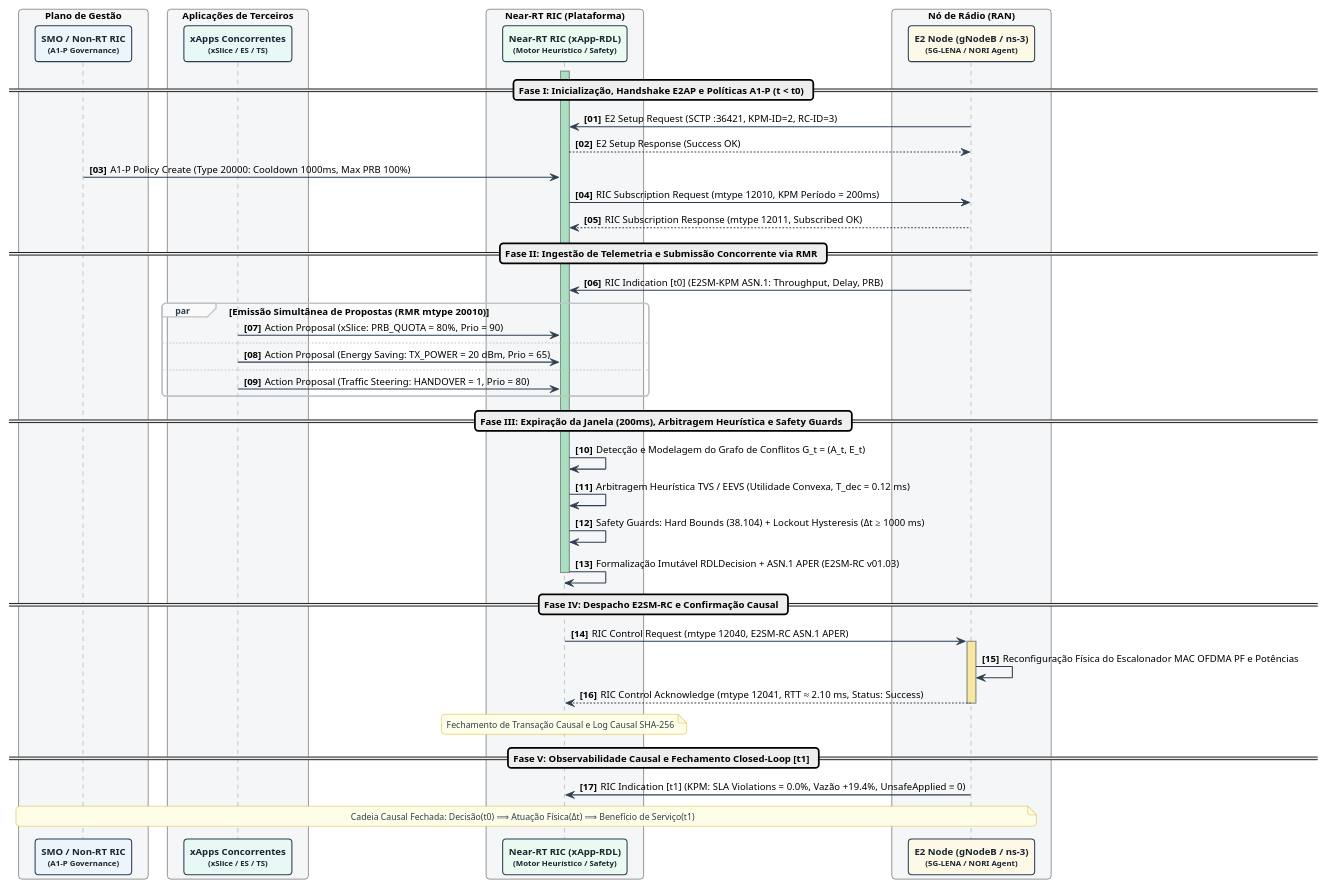
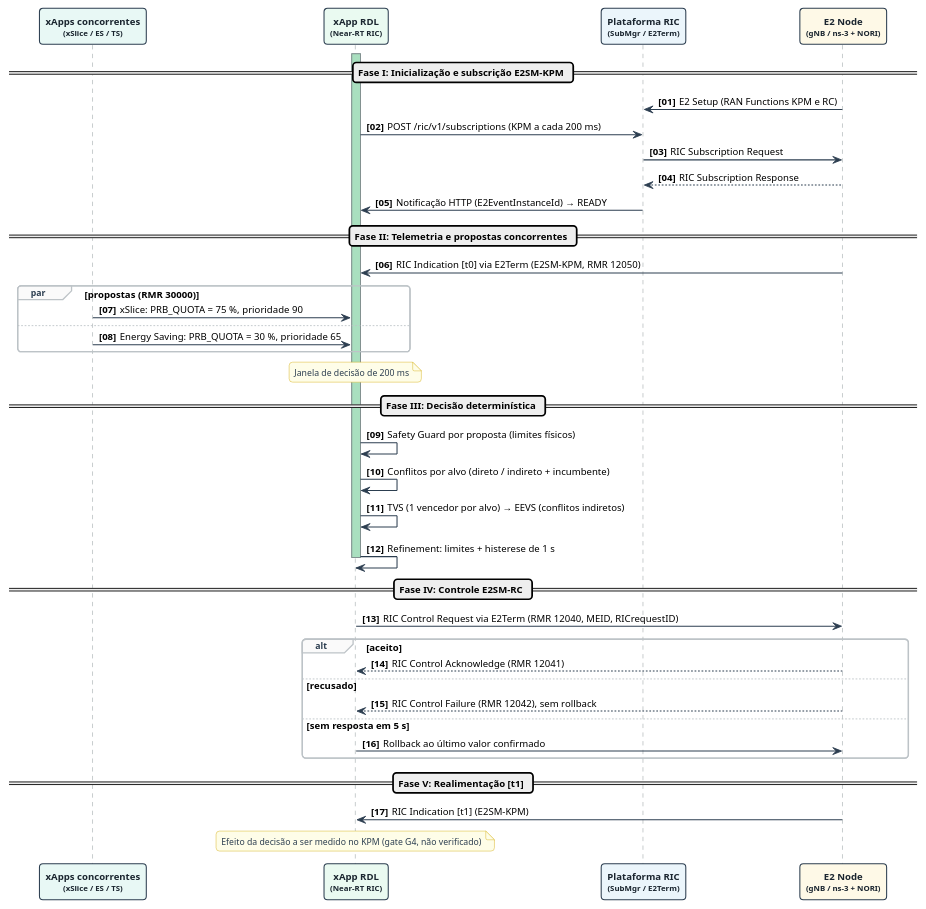
One commit to georgebarbosa3090/XApp-RDL-F1 changed the diagram in docs/figures/diagrama_sequencia_compacto_dissertacao.puml. Above: the diagram before and after it, drawn with PlantUML. The commit also changed 41 other files, not shown here.

```diff
--- a/docs/figures/diagrama_sequencia_compacto_dissertacao.puml
+++ b/docs/figures/diagrama_sequencia_compacto_dissertacao.puml
@@ -1,98 +1,90 @@
 @startuml
+' Diagrama de sequência compacto — H-RDL (PPGCOMP/UFPA)
+' Fluxo implementado em src/ (revisado em 2026-11-08). Sem valores medidos:
+' os tempos são parâmetros de configuração; a troca E2 real ainda não foi exercitada.
 !pragma layout smetana
 skinparam backgroundColor #FFFFFF
 skinparam defaultFontName "Helvetica"
 skinparam defaultFontSize 11
 skinparam roundCorner 8
 skinparam shadowing false
 skinparam ArrowColor #2C3E50
 skinparam ArrowThickness 1.2
 skinparam SequenceLifeLineBorderColor #7F8C8D
 skinparam SequenceLifeLineBackgroundColor #F2F4F4
 skinparam ParticipantBorderThickness 1.2
 skinparam BoxPadding 10
 skinparam ParticipantPadding 15
 
 skinparam participant {
     BackgroundColor #F8F9F9
     BorderColor #2C3E50
     FontColor #1A252F
     FontStyle bold
 }
 
 skinparam note {
     BackgroundColor #FEFDE8
     BorderColor #D4AC0D
     FontColor #2C3E50
     FontSize 10
 }
 
 skinparam sequence {
     GroupBorderColor #BDC3C7
     GroupBackgroundColor #FAFAFA
     GroupHeaderFontColor #2C3E50
     GroupHeaderFontSize 10
 }
 
 autonumber "<b>[00]</b>"
 
-box "Plano de Gestão" #F4F6F7
-    participant "SMO / Non-RT RIC\n<size:9>(A1-P Governance)</size>" as SMO #EBF5FB
-end box
+participant "xApps concorrentes\n<size:9>(xSlice / ES / TS)</size>" as XAPPS #E8F8F5
+participant "xApp RDL\n<size:9>(Near-RT RIC)</size>" as RDL #EAFAF1
+participant "Plataforma RIC\n<size:9>(SubMgr / E2Term)</size>" as RIC #EBF5FB
+participant "E2 Node\n<size:9>(gNB / ns-3 + NORI)</size>" as RAN #FEF9E7
 
-box "Aplicações de Terceiros" #F4F6F7
-    participant "xApps Concorrentes\n<size:9>(xSlice / ES / TS)</size>" as XAPPS #E8F8F5
-end box
+== Fase I: Inicialização e subscrição E2SM-KPM ==
 
-box "Near-RT RIC (Plataforma)" #F4F6F7
-    participant "Near-RT RIC (xApp-RDL)\n<size:9>(Motor Heurístico / Safety)</size>" as RDL #EAFAF1
-end box
+RAN -> RIC: E2 Setup (RAN Functions KPM e RC)
+RDL -> RIC: POST /ric/v1/subscriptions (KPM a cada 200 ms)
+RIC -> RAN: RIC Subscription Request
+RAN --> RIC: RIC Subscription Response
+RIC -> RDL: Notificação HTTP (E2EventInstanceId) → READY
 
-box "Nó de Rádio (RAN)" #F4F6F7
-    participant "E2 Node (gNodeB / ns-3)\n<size:9>(5G-LENA / NORI Agent)</size>" as RAN #FEF9E7
-end box
+== Fase II: Telemetria e propostas concorrentes ==
 
-== Fase I: Inicialização, Handshake E2AP e Políticas A1-P (t < t0) ==
+RAN -> RDL: RIC Indication [t0] via E2Term (E2SM-KPM, RMR 12050)
+par propostas (RMR 30000)
+    XAPPS -> RDL: xSlice: PRB_QUOTA = 75 %, prioridade 90
+else
+    XAPPS -> RDL: Energy Saving: PRB_QUOTA = 30 %, prioridade 65
+end
+note over RDL: Janela de decisão de 200 ms
 
-RAN -> RDL: E2 Setup Request (SCTP :36421, KPM-ID=2, RC-ID=3)
-RDL --> RAN: E2 Setup Response (Success OK)
-SMO -> RDL: A1-P Policy Create (Type 20000: Cooldown 1000ms, Max PRB 100%)
-RDL -> RAN: RIC Subscription Request (mtype 12010, KPM Período = 200ms)
-RAN --> RDL: RIC Subscription Response (mtype 12011, Subscribed OK)
-
-== Fase II: Ingestão de Telemetria e Submissão Concorrente via RMR ==
-
-RAN -> RDL: RIC Indication [t0] (E2SM-KPM ASN.1: Throughput, Delay, PRB)
-
-par Emissão Simultânea de Propostas (RMR mtype 20010)
-    XAPPS -> RDL: Action Proposal (xSlice: PRB_QUOTA = 80%, Prio = 90)
-else
-    XAPPS -> RDL: Action Proposal (Energy Saving: TX_POWER = 20 dBm, Prio = 65)
-else
-    XAPPS -> RDL: Action Proposal (Traffic Steering: HANDOVER = 1, Prio = 80)
-end note over RDL: Acúmulo em Fila Concorrente durante Janela (Δt_win = 200 ms)
-
-== Fase III: Expiração da Janela (200ms), Arbitragem Heurística e Safety Guards ==
+== Fase III: Decisão determinística ==
 
 activate RDL #A9DFBF
-RDL -> RDL: Detecção e Modelagem do Grafo de Conflitos G_t = (A_t, E_t)
-RDL -> RDL: Arbitragem Heurística TVS / EEVS (Utilidade Convexa, T_dec = 0.12 ms)
-RDL -> RDL: Safety Guards: Hard Bounds (38.104) + Lockout Hysteresis (Δt ≥ 1000 ms)
-RDL -> RDL: Formalização Imutável RDLDecision + ASN.1 APER (E2SM-RC v01.03)
+RDL -> RDL: Safety Guard por proposta (limites físicos)
+RDL -> RDL: Conflitos por alvo (direto / indireto + incumbente)
+RDL -> RDL: TVS (1 vencedor por alvo) → EEVS (conflitos indiretos)
+RDL -> RDL: Refinement: limites + histerese de 1 s
 deactivate RDL
 
-== Fase IV: Despacho E2SM-RC e Confirmação Causal ==
+== Fase IV: Controle E2SM-RC ==
 
-RDL -> RAN: RIC Control Request (mtype 12040, E2SM-RC ASN.1 APER)
-activate RAN #F9E79F
-RAN -> RAN: Reconfiguração Física do Escalonador MAC OFDMA PF e Potências
-RAN --> RDL: RIC Control Acknowledge (mtype 12041, RTT ≈ 2.10 ms, Status: Success)
-deactivate RAN
-note over RDL: Fechamento de Transação Causal e Log Causal SHA-256
+RDL -> RAN: RIC Control Request via E2Term (RMR 12040, MEID, RICrequestID)
+alt aceito
+    RAN --> RDL: RIC Control Acknowledge (RMR 12041)
+else recusado
+    RAN --> RDL: RIC Control Failure (RMR 12042), sem rollback
+else sem resposta em 5 s
+    RDL -> RAN: Rollback ao último valor confirmado
+end
 
-== Fase V: Observabilidade Causal e Fechamento Closed-Loop [t1] ==
+== Fase V: Realimentação [t1] ==
 
-RAN -> RDL: RIC Indication [t1] (KPM: SLA Violations = 0.0%, Vazão +19.4%, UnsafeApplied ≡ 0)
-note over SMO, RAN: Cadeia Causal Fechada: Decisão(t0) ⟹ Atuação Física(Δt) ⟹ Benefício de Serviço(t1)
+RAN -> RDL: RIC Indication [t1] (E2SM-KPM)
+note over RDL: Efeito da decisão a ser medido no KPM (gate G4, não verificado)
 
 @enduml
```
